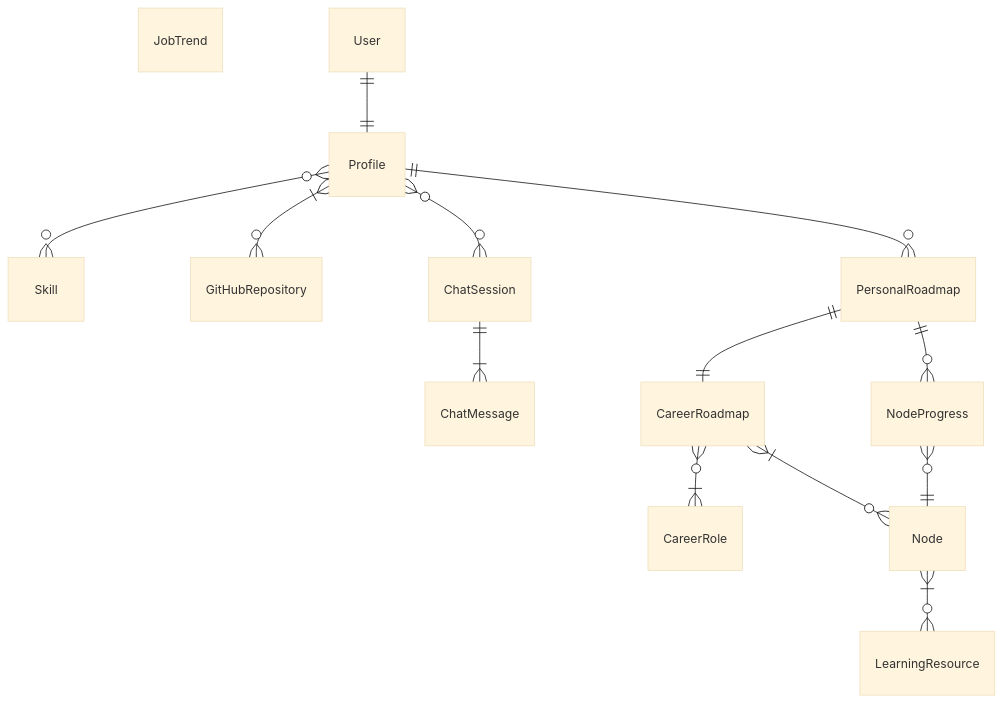
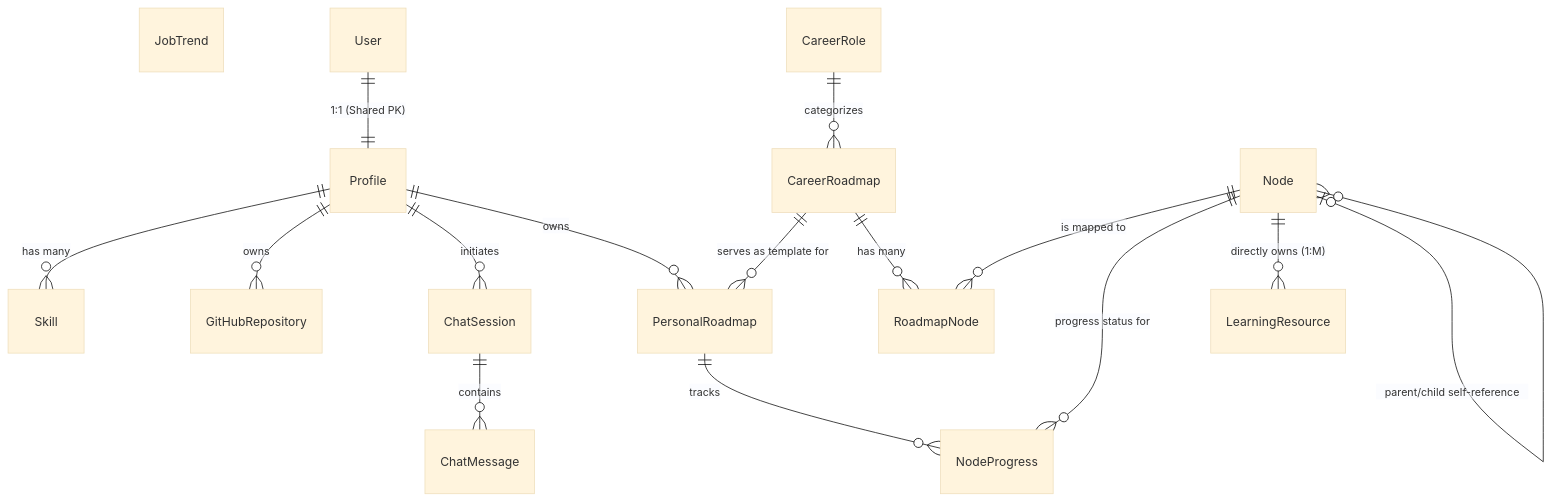
Before and after one commit to blackspacelock/prn232: the diagram in document/diagram/conceptual_erd.mmd, drawn with Mermaid (base theme). The commit also changed 1 other file, not shown here.

Commit message:
docs: update erd

```diff
--- a/document/diagram/conceptual_erd.mmd
+++ b/document/diagram/conceptual_erd.mmd
@@ -1,32 +1,27 @@
 erDiagram
-    JobTrend {}
-    User {}
-    Profile {}
-    Skill {}
-    GitHubRepository {}
-    ChatSession {}
-    ChatMessage {}
-    PersonalRoadmap {}
-    NodeProgress {}
-    CareerRole {}
-    CareerRoadmap {}
-    Node {}
-    LearningResource {}
+    %% Standalone Entity
+    JobTrend 
 
-    %% Student profile management
-    User ||--|| Profile : ""
-    Profile }o--o{ Skill : ""
-    Profile }|--o{ GitHubRepository : ""
+    %% Core User & Profile Entities
+    User ||--|| Profile : "1:1 (Shared PK)"
+    Profile ||--o{ Skill : "has many"
+    Profile ||--o{ GitHubRepository : "owns"
+    Profile ||--o{ ChatSession : "initiates"
+    ChatSession ||--o{ ChatMessage : "contains"
 
-    %% AI chat management
-    Profile }o--o{ ChatSession : ""
-    ChatSession ||--|{ ChatMessage : ""
+    %% Career & Roadmap Template Entities
+    CareerRole ||--o{ CareerRoadmap : "categorizes"
+    
+    %% Personalization Entities
+    CareerRoadmap ||--o{ PersonalRoadmap : "serves as template for"
+    Profile ||--o{ PersonalRoadmap : "owns"
 
-    %% Roadmap management
-    Profile ||--o{ PersonalRoadmap : ""
-    PersonalRoadmap ||--|| CareerRoadmap : ""
-    CareerRoadmap }o--|{ CareerRole: ""
-    CareerRoadmap }|--o{ Node : ""
-    PersonalRoadmap ||--o{ NodeProgress : ""
-    NodeProgress }o--|| Node : ""
-    Node }|--o{ LearningResource : ""
+    %% Hierarchy & Junction Entities
+    CareerRoadmap ||--o{ RoadmapNode : "has many"
+    Node ||--o{ RoadmapNode : "is mapped to"
+    
+    PersonalRoadmap ||--o{ NodeProgress : "tracks"
+    Node ||--o{ NodeProgress : "progress status for"
+
+    Node ||--o{ LearningResource : "directly owns (1:M)"
+    Node |o--o{ Node : "parent/child self-reference"
```
